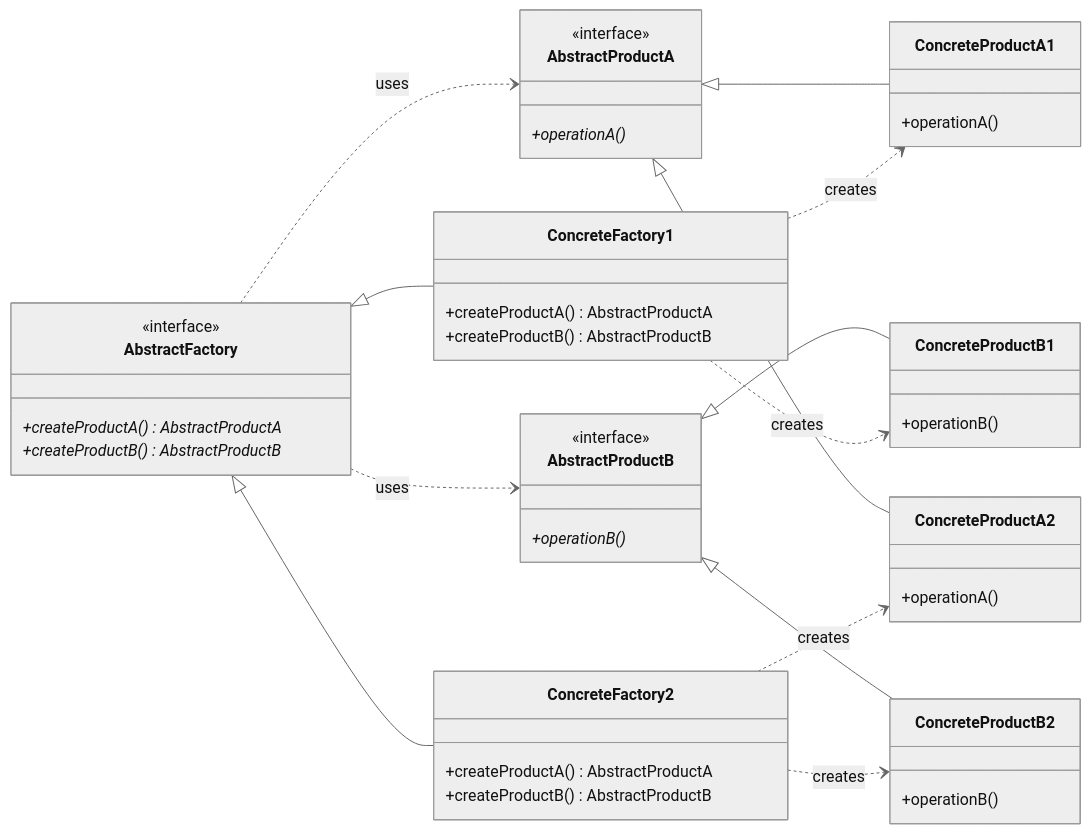
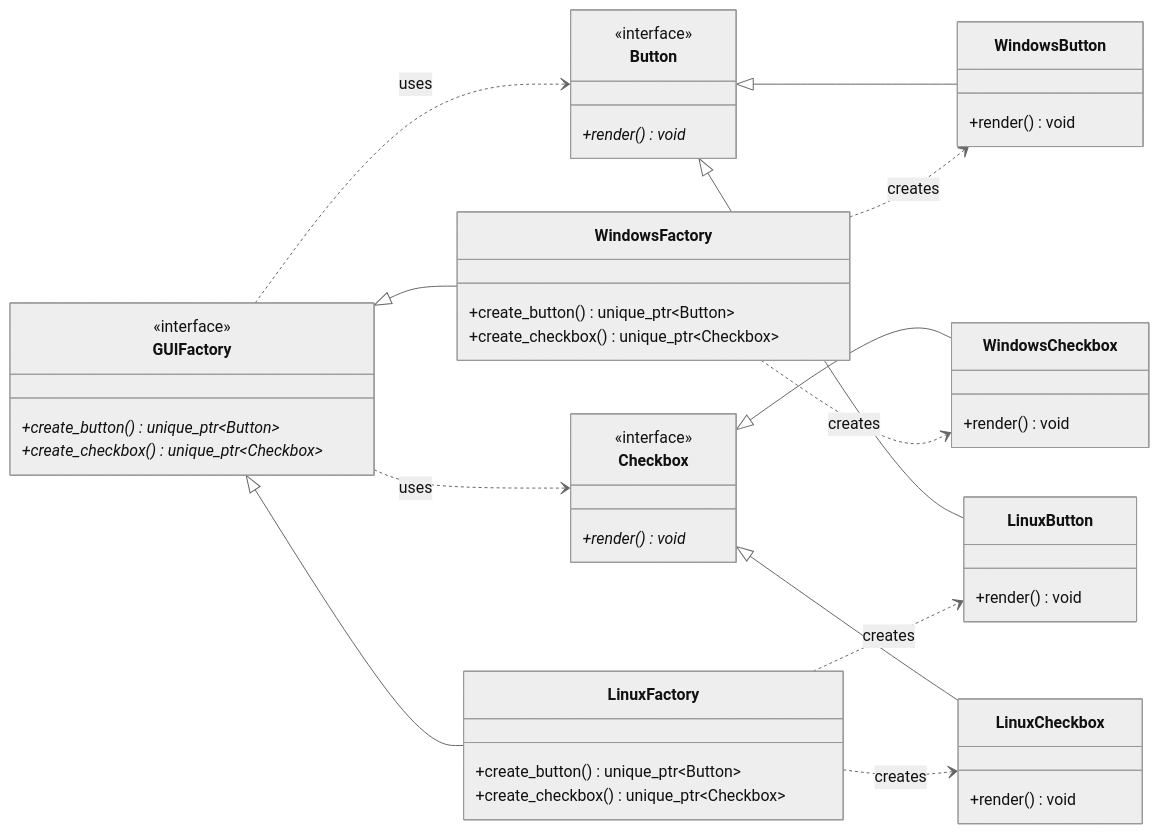
The diagram in src/design_patterns/abstract_factory/README.md (bbogush/cpp_knowledge_base), drawn with Mermaid (neutral theme) before and after one commit. The commit also changed other lines of this file and 12 other files, not shown here.

````diff
--- a/src/design_patterns/abstract_factory/README.md
+++ b/src/design_patterns/abstract_factory/README.md
@@ -49,59 +49,59 @@
 ```mermaid
 classDiagram
     direction LR
 
-    class AbstractProductA {
+    class Button {
         <<interface>>
-        +operationA()*
+        +render() void*
     }
 
-    class AbstractProductB {
+    class Checkbox {
         <<interface>>
-        +operationB()*
+        +render() void*
     }
 
-    class ConcreteProductA1 {
-        +operationA()
+    class WindowsButton {
+        +render() void
     }
 
-    class ConcreteProductA2 {
-        +operationA()
+    class LinuxButton {
+        +render() void
     }
 
-    class ConcreteProductB1 {
-        +operationB()
+    class WindowsCheckbox {
+        +render() void
     }
 
-    class ConcreteProductB2 {
-        +operationB()
+    class LinuxCheckbox {
+        +render() void
     }
 
-    class AbstractFactory {
+    class GUIFactory {
         <<interface>>
-        +createProductA()* AbstractProductA
-        +createProductB()* AbstractProductB
+        +create_button()* unique_ptr~Button~
+        +create_checkbox()* unique_ptr~Checkbox~
     }
 
-    class ConcreteFactory1 {
-        +createProductA() AbstractProductA
-        +createProductB() AbstractProductB
+    class WindowsFactory {
+        +create_button() unique_ptr~Button~
+        +create_checkbox() unique_ptr~Checkbox~
     }
 
-    class ConcreteFactory2 {
-        +createProductA() AbstractProductA
-        +createProductB() AbstractProductB
+    class LinuxFactory {
+        +create_button() unique_ptr~Button~
+        +create_checkbox() unique_ptr~Checkbox~
     }
 
-    AbstractProductA <|-- ConcreteProductA1
-    AbstractProductA <|-- ConcreteProductA2
-    AbstractProductB <|-- ConcreteProductB1
-    AbstractProductB <|-- ConcreteProductB2
-    AbstractFactory <|-- ConcreteFactory1
-    AbstractFactory <|-- ConcreteFactory2
-    ConcreteFactory1 ..> ConcreteProductA1 : creates
-    ConcreteFactory1 ..> ConcreteProductB1 : creates
-    ConcreteFactory2 ..> ConcreteProductA2 : creates
-    ConcreteFactory2 ..> ConcreteProductB2 : creates
-    AbstractFactory ..> AbstractProductA : uses
-    AbstractFactory ..> AbstractProductB : uses
+    Button <|-- WindowsButton
+    Button <|-- LinuxButton
+    Checkbox <|-- WindowsCheckbox
+    Checkbox <|-- LinuxCheckbox
+    GUIFactory <|-- WindowsFactory
+    GUIFactory <|-- LinuxFactory
+    WindowsFactory ..> WindowsButton : creates
+    WindowsFactory ..> WindowsCheckbox : creates
+    LinuxFactory ..> LinuxButton : creates
+    LinuxFactory ..> LinuxCheckbox : creates
+    GUIFactory ..> Button : uses
+    GUIFactory ..> Checkbox : uses
 ```
````
